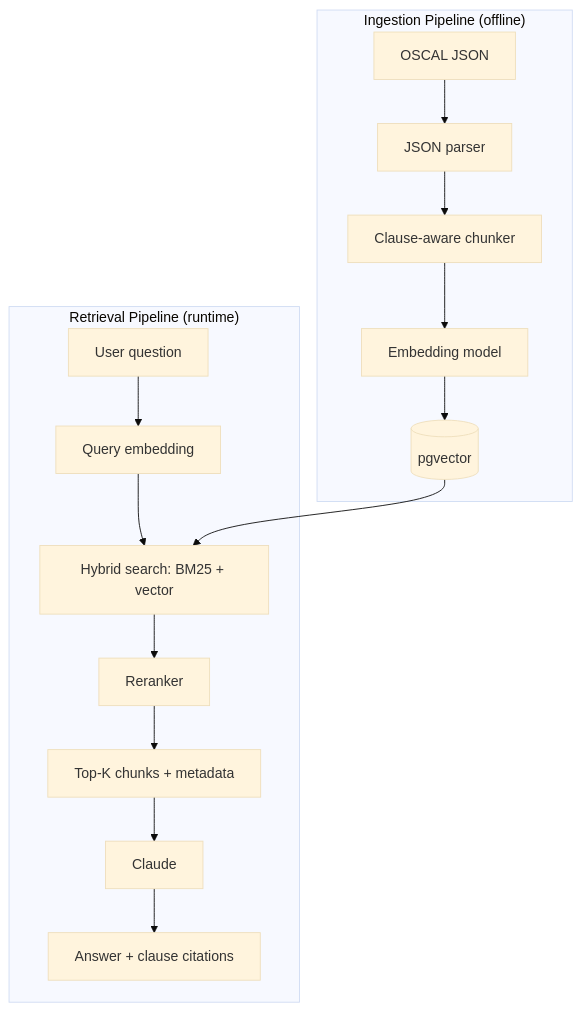
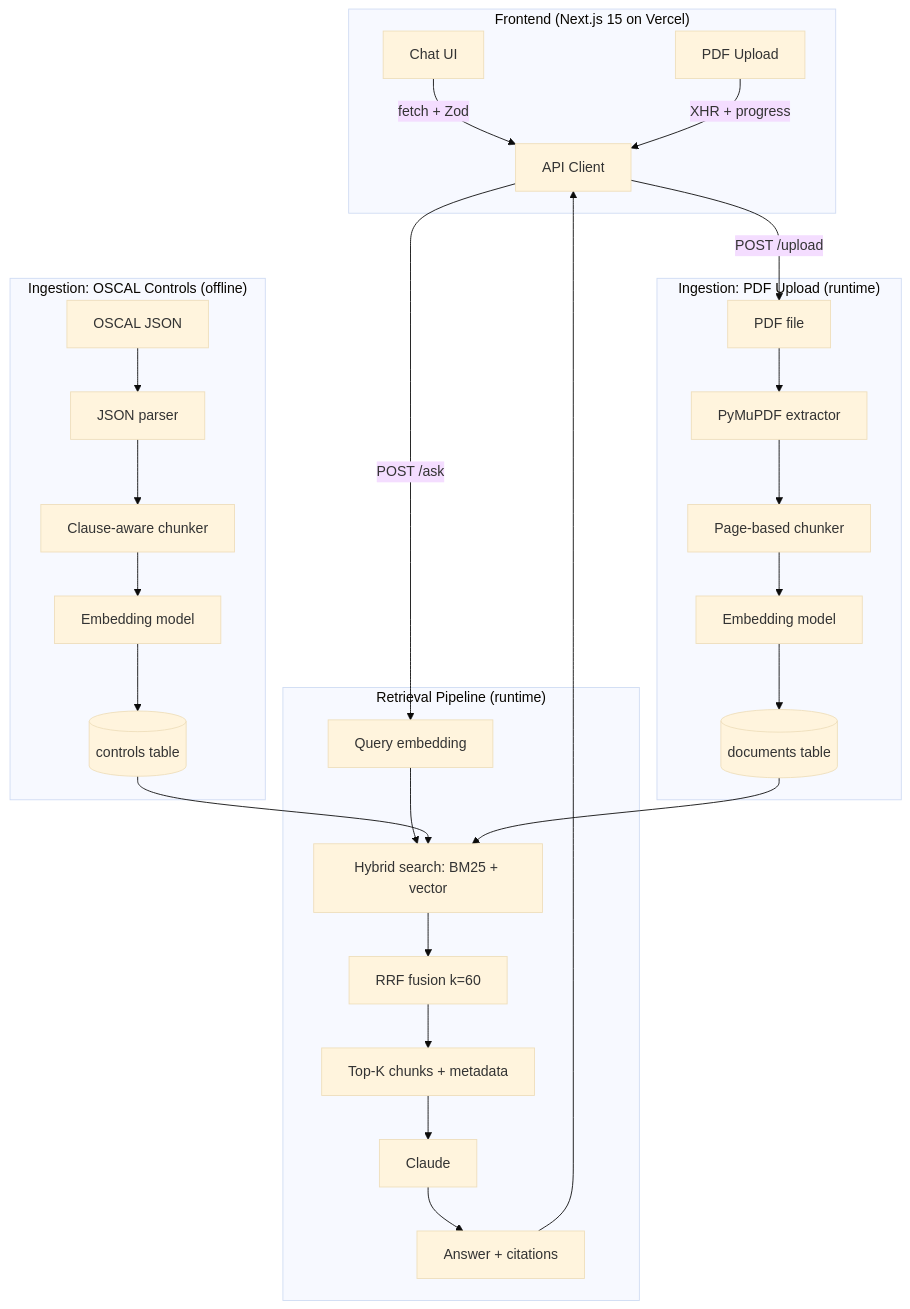
One commit to manumu-studio/iso-audit-rag changed the diagram in README.md. Above: the diagram before and after it, drawn with Mermaid (base theme). The commit also changed other lines of this file and 103 other files, not shown here.

First line of the commit message:
feat(v0.6.0): full-stack RAG demo with chat UI, hybrid search, and test suite

````diff
--- a/README.md
+++ b/README.md
@@ -7,20 +7,35 @@
 ```mermaid
 graph TD
-  subgraph ingestion["Ingestion Pipeline (offline)"]
+  subgraph frontend["Frontend (Next.js 15 on Vercel)"]
+    UI[Chat UI] -->|fetch + Zod| ApiClient[API Client]
+    Upload[PDF Upload] -->|XHR + progress| ApiClient
+  end
+
+  subgraph ingestion["Ingestion: OSCAL Controls (offline)"]
     OSCAL[OSCAL JSON] --> Parser[JSON parser]
     Parser --> Chunker[Clause-aware chunker]
-    Chunker --> Embedder[Embedding model]
-    Embedder --> Store[(pgvector)]
+    Chunker --> Embedder1[Embedding model]
+    Embedder1 --> Controls[(controls table)]
+  end
+
+  subgraph upload_pipeline["Ingestion: PDF Upload (runtime)"]
+    PDF[PDF file] --> Extract[PyMuPDF extractor]
+    Extract --> PageChunk[Page-based chunker]
+    PageChunk --> Embedder2[Embedding model]
+    Embedder2 --> Documents[(documents table)]
   end
 
   subgraph retrieval["Retrieval Pipeline (runtime)"]
-    Query[User question] --> QEmbed[Query embedding]
+    ApiClient -->|POST /ask| QEmbed[Query embedding]
+    ApiClient -->|POST /upload| PDF
     QEmbed --> Search[Hybrid search: BM25 + vector]
-    Search --> Rerank[Reranker]
-    Rerank --> Context[Top-K chunks + metadata]
+    Search --> RRF[RRF fusion k=60]
+    RRF --> Context[Top-K chunks + metadata]
     Context --> LLM[Claude]
-    LLM --> Answer[Answer + clause citations]
+    LLM --> Answer[Answer + citations]
+    Answer --> ApiClient
   end
 
-  Store --> Search
+  Controls --> Search
+  Documents --> Search
 ```
````
